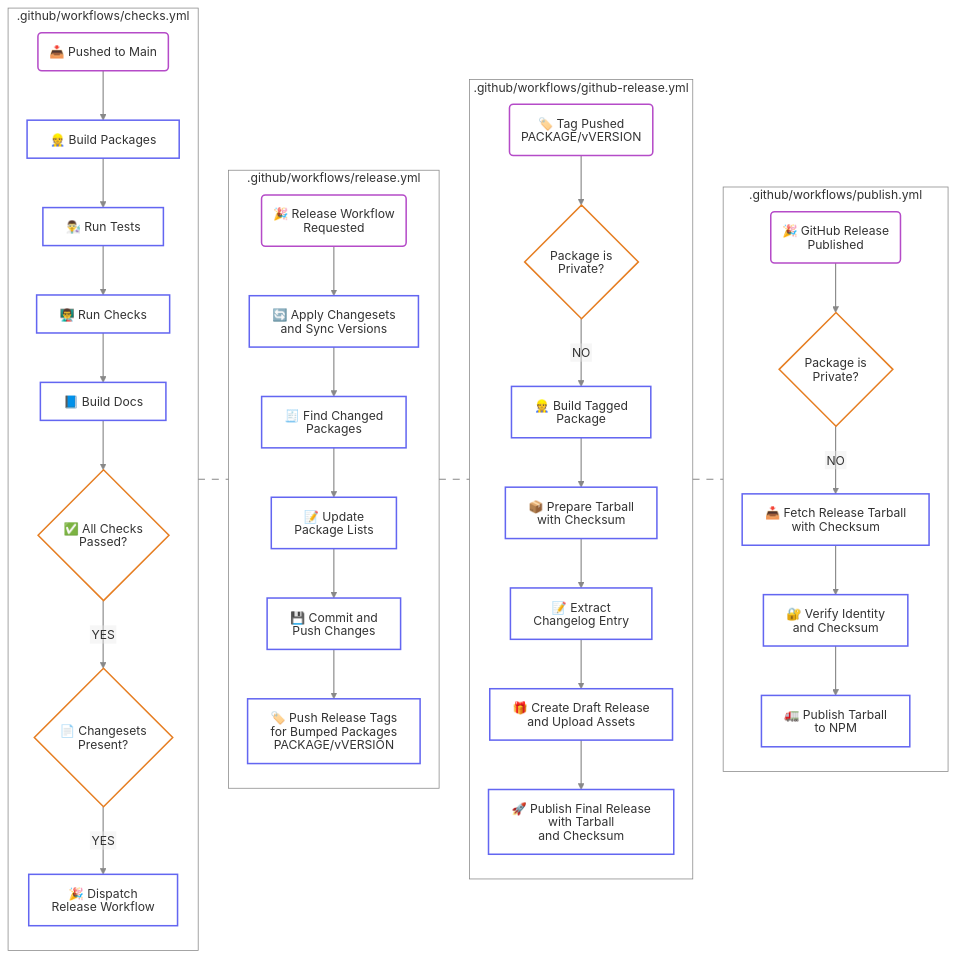
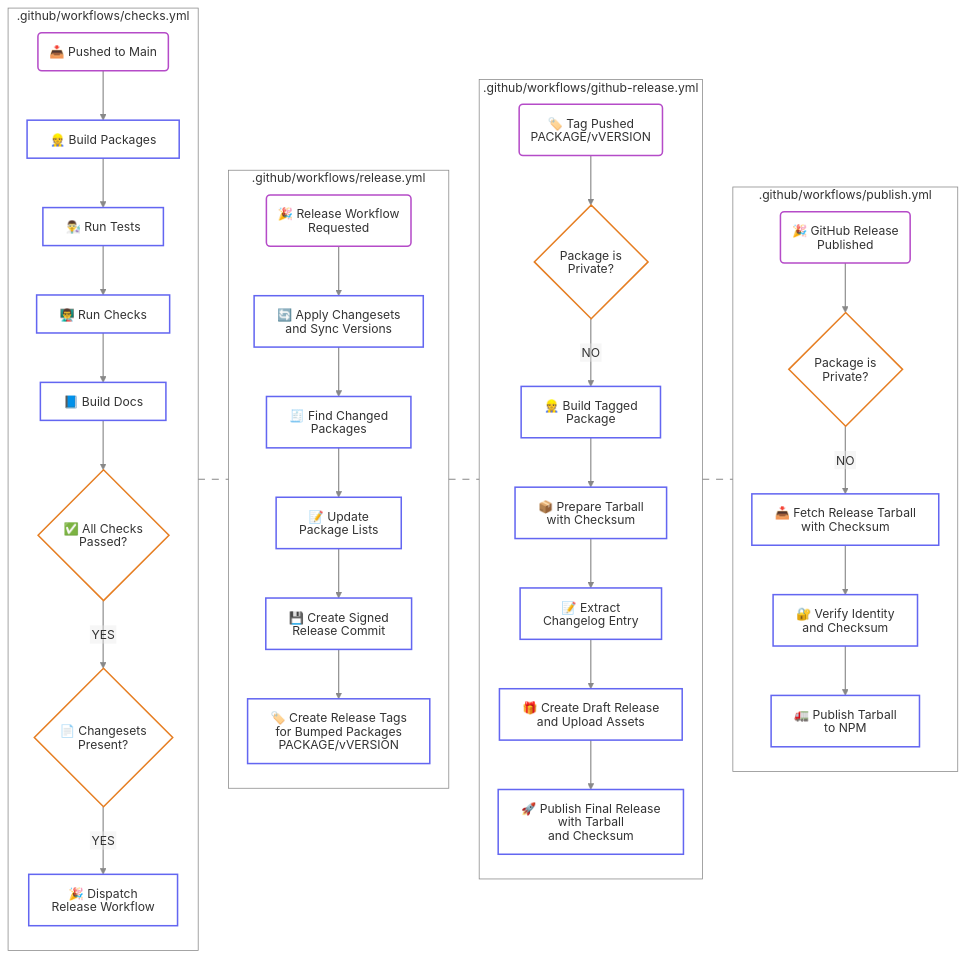
One commit to simbo/packages changed the diagram in README.md. Above: the diagram before and after it, drawn with Mermaid. The commit also changed 6 other files, not shown here.

```diff
--- a/README.md
+++ b/README.md
@@ -259,8 +259,8 @@
     IntegrateChangesets["🔄 Apply Changesets<br>and Sync Versions"]
     CollectPackages["🧾 Find Changed<br>Packages"]
     UpdatePackageDocs["📝 Update<br>Package Lists"]
-    CommitAndPushChanges["💾 Commit and<br>Push Changes"]
-    PushReleaseTags["🏷️ Push Release Tags<br>for Bumped Packages<br>PACKAGE/vVERSION"]
+    CommitAndPushChanges["💾 Create Signed<br>Release Commit"]
+    PushReleaseTags["🏷️ Create Release Tags<br>for Bumped Packages<br>PACKAGE/vVERSION"]
 
     direction TB
     ReleaseEvent --> IntegrateChangesets
```
